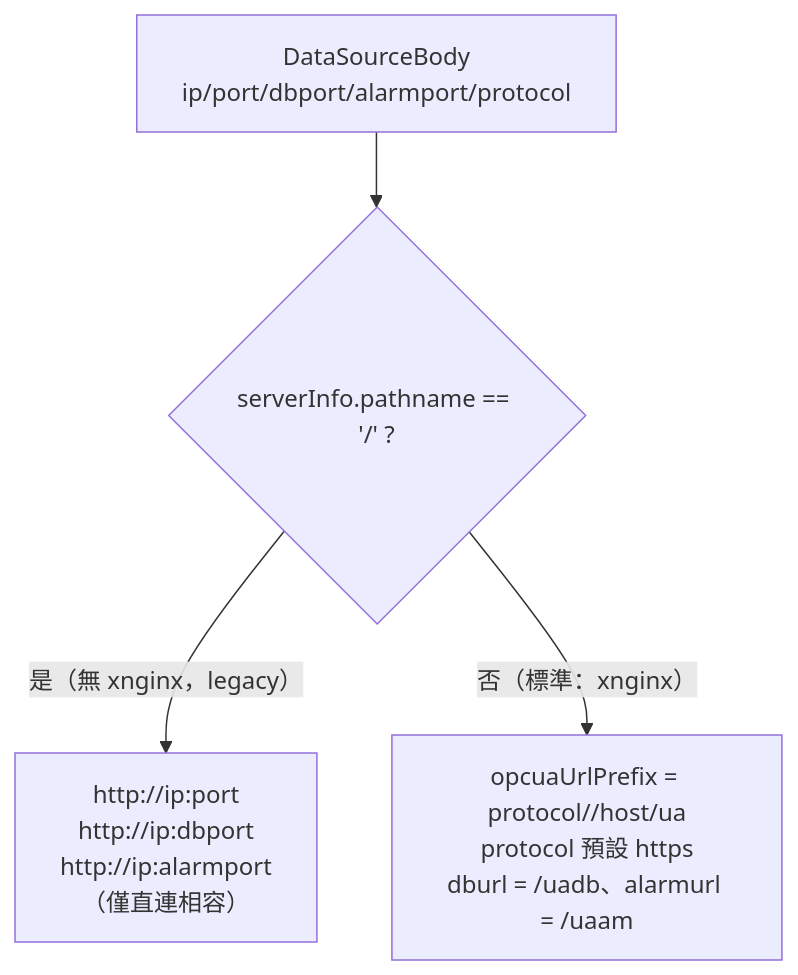
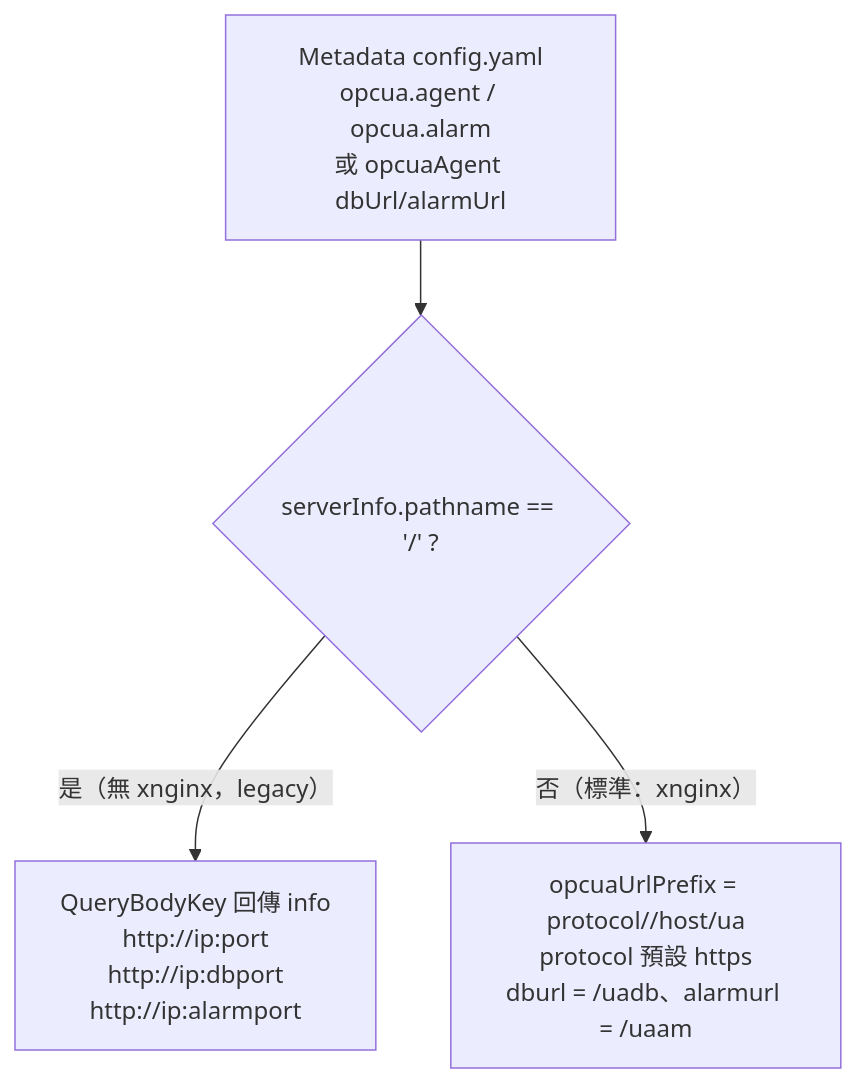
One commit to PochengChen-del/EdgeViewDoc changed the tenth of 14 diagrams in SDS/14_OPCUA_Subsystem_Design.md. Above: the diagram before and after it, drawn with Mermaid. The commit also changed other lines of this file and 10 other files, not shown here.

````diff
--- a/SDS/14_OPCUA_Subsystem_Design.md
+++ b/SDS/14_OPCUA_Subsystem_Design.md
@@ -680,6 +680,6 @@
 ```mermaid
 flowchart TB
-    A["DataSourceBody<br/>ip/port/dbport/alarmport/protocol"] --> B{"serverInfo.pathname == '/' ?"}
-    B -->|是（無 xnginx，legacy）| C["http://ip:port<br/>http://ip:dbport<br/>http://ip:alarmport<br/>（僅直連相容）"]
+    A["Metadata config.yaml<br/>opcua.agent / opcua.alarm<br/>或 opcuaAgent dbUrl/alarmUrl"] --> B{"serverInfo.pathname == '/' ?"}
+    B -->|是（無 xnginx，legacy）| C["QueryBodyKey 回傳 info<br/>http://ip:port<br/>http://ip:dbport<br/>http://ip:alarmport"]
     B -->|否（標準：xnginx）| D["opcuaUrlPrefix = protocol//host/ua<br/>protocol 預設 https<br/>dburl = /uadb、alarmurl = /uaam"]
 ```
````
